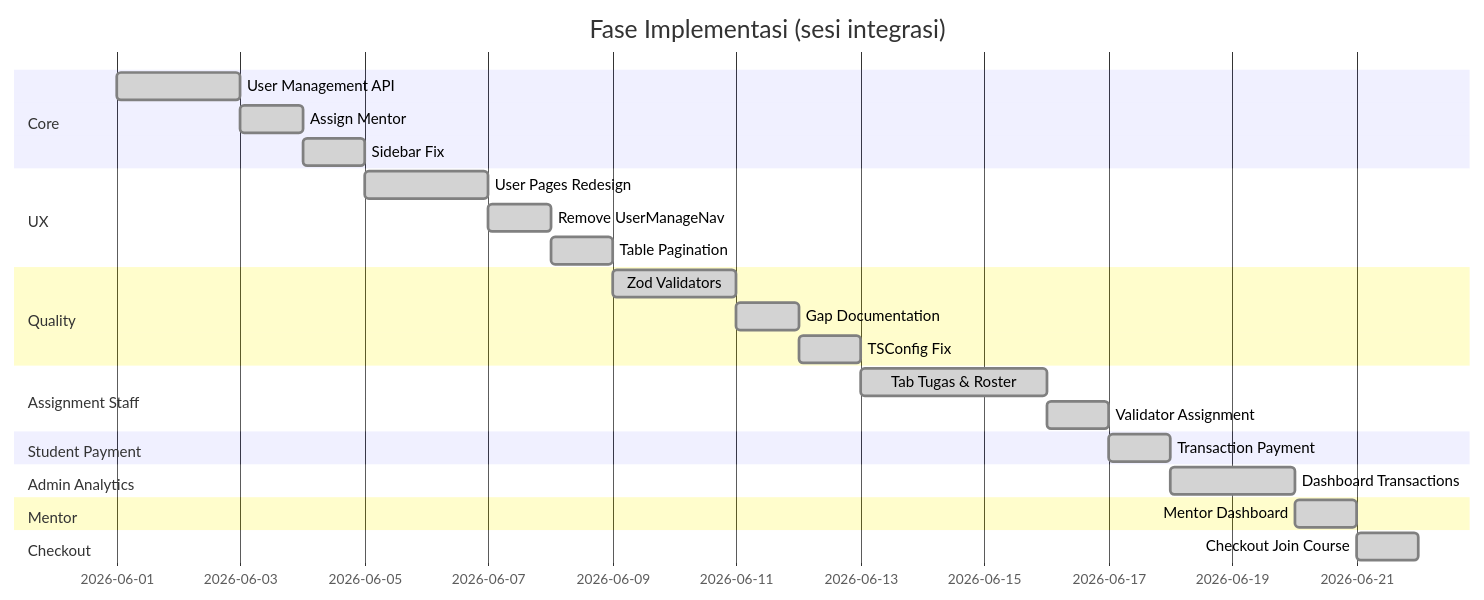
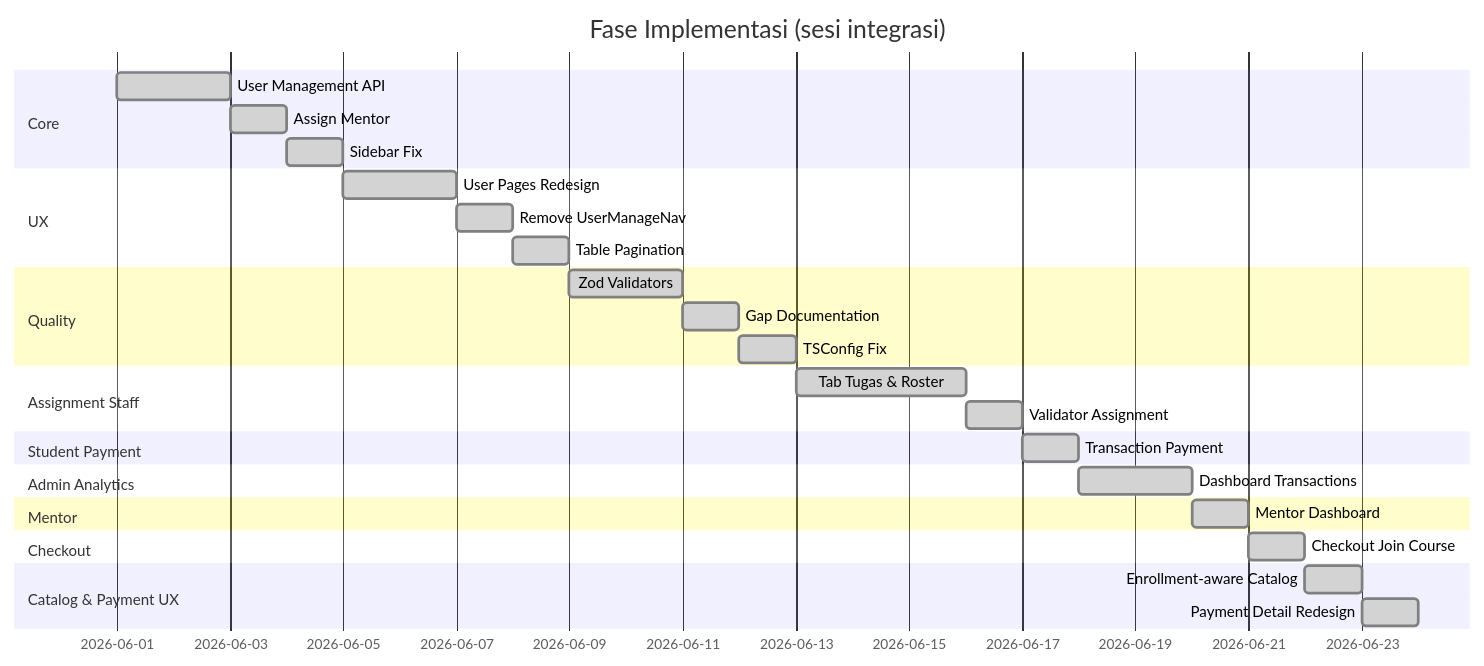
One commit to Dinus-Open-Source-Community/web-DU changed the second of 2 diagrams in frontend-react/src/docs/progress/implementation-log.md. Above: the diagram before and after it, drawn with Mermaid. The commit also changed other lines of this file and 7 other files, not shown here.

````diff
--- a/frontend-react/src/docs/progress/implementation-log.md
+++ b/frontend-react/src/docs/progress/implementation-log.md
@@ -584,28 +615,31 @@
 ```mermaid
 gantt
   title Fase Implementasi (sesi integrasi)
   dateFormat YYYY-MM-DD
   section Core
     User Management API     :done, f1, 2026-06-01, 2d
     Assign Mentor           :done, f2, after f1, 1d
     Sidebar Fix             :done, f3, after f2, 1d
   section UX
     User Pages Redesign     :done, f4, after f3, 2d
     Remove UserManageNav    :done, f5, after f4, 1d
     Table Pagination        :done, f6, after f5, 1d
   section Quality
     Zod Validators          :done, f7, after f6, 2d
     Gap Documentation       :done, f8, after f7, 1d
     TSConfig Fix            :done, f9, after f8, 1d
   section Assignment Staff
     Tab Tugas & Roster      :done, f11, after f9, 3d
     Validator Assignment    :done, f12, after f11, 1d
   section Student Payment
     Transaction Payment     :done, f17, after f12, 1d
   section Admin Analytics
     Dashboard Transactions  :done, f18, after f17, 2d
   section Mentor
     Mentor Dashboard        :done, f19, after f18, 1d
   section Checkout
     Checkout Join Course    :done, f20, after f19, 1d
+  section Catalog & Payment UX
+    Enrollment-aware Catalog :done, f21a, after f20, 1d
+    Payment Detail Redesign  :done, f21b, after f21a, 1d
 ```
````
